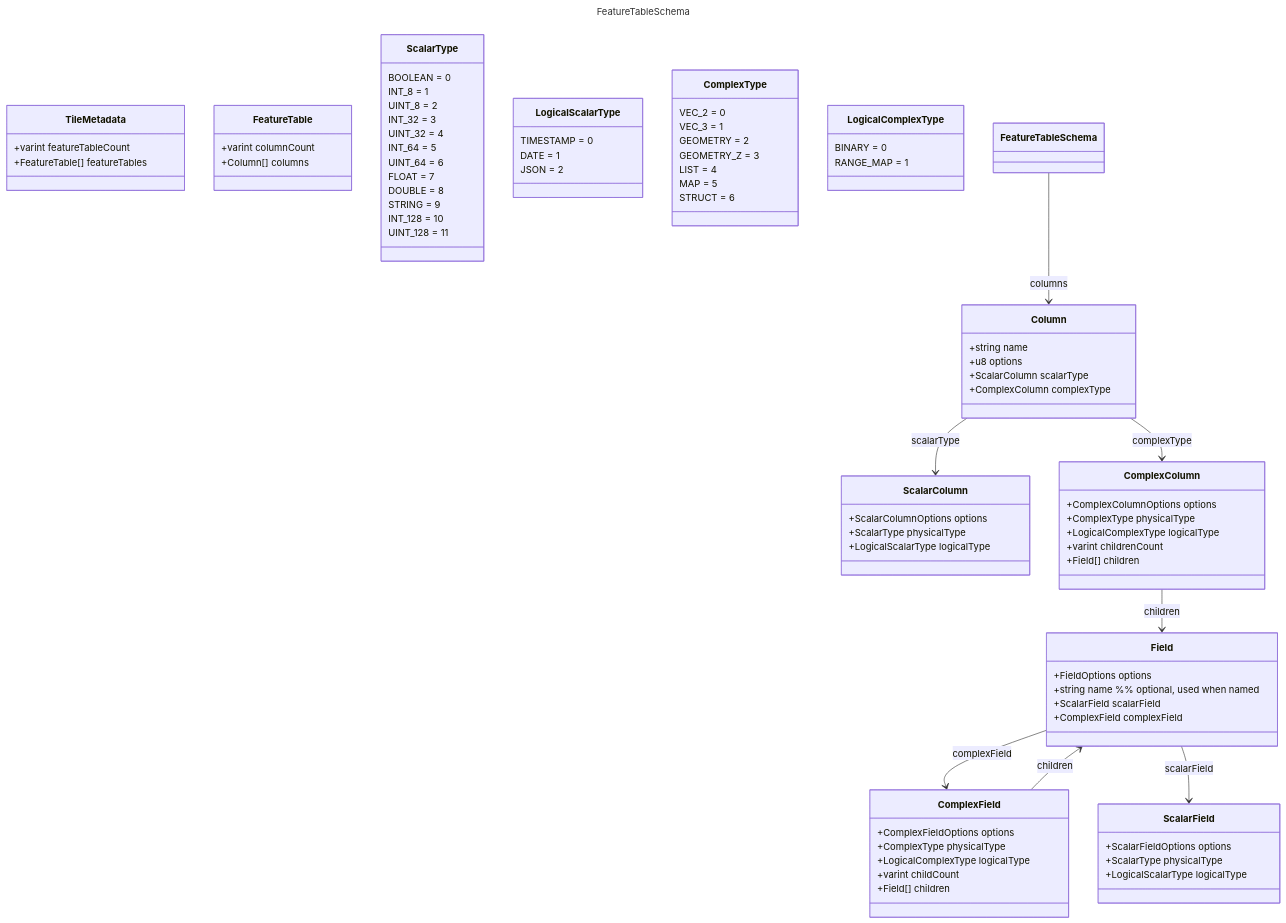
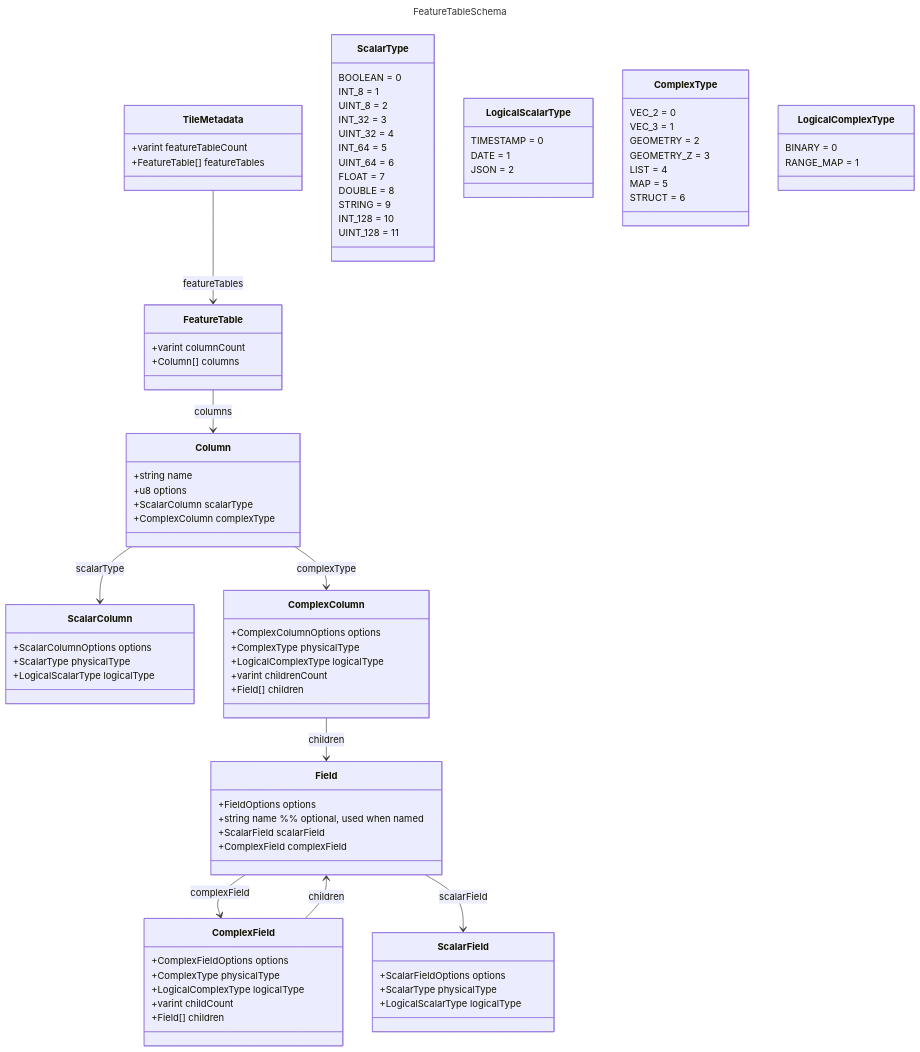
The diagram in spec/assets/FeatureTableSchema.mermaid (maplibre/maplibre-tile-spec), drawn with Mermaid before and after one commit.

Commit message:
Fix associations

```diff
--- a/spec/assets/FeatureTableSchema.mermaid
+++ b/spec/assets/FeatureTableSchema.mermaid
@@ -1,115 +1,116 @@
 ---
 title: FeatureTableSchema
 ---
 classDiagram
     %% ---------------- TileMetadata ----------------
     class TileMetadata {
       +varint featureTableCount
       +FeatureTable[] featureTables
     }
 
     %% ---------------- FeatureTable ----------------
     class FeatureTable {
       +varint columnCount
       +Column[] columns
     }
 
     %% ---------------- Column ----------------
     class Column {
       +string name
       +u8 options
       +ScalarColumn scalarType
       +ComplexColumn complexType
     }
     %% Note: options flags for Column: nullable=1, complex=2, vertexScope=4
 
     %% ---------------- ScalarColumn ----------------
     class ScalarColumn {
       +ScalarColumnOptions options
       +ScalarType physicalType
       +LogicalScalarType logicalType
     }
     %% Note: options flag for ScalarColumnOptions: logical = 1
 
     %% ---------------- ComplexColumn ----------------
     class ComplexColumn {
       +ComplexColumnOptions options
       +ComplexType physicalType
       +LogicalComplexType logicalType
       +varint childrenCount
       +Field[] children
     }
     %% Note: options flag for ComplexColumnOptions: logical = 1
 
     %% ---------------- Field ----------------
     class Field {
       +FieldOptions options
       +string name  %% optional, used when named
       +ScalarField scalarField
       +ComplexField complexField
     }
     %% Note: options flags for FieldOptions: named = 1, nullable = 2, complex = 4
 
     %% ---------------- ScalarField ----------------
     class ScalarField {
       +ScalarFieldOptions options
       +ScalarType physicalType
       +LogicalScalarType logicalType
     }
     %% Note: options flag for ScalarFieldOptions: logical = 1
 
     %% ---------------- ComplexField ----------------
     class ComplexField {
       +ComplexFieldOptions options
       +ComplexType physicalType
       +LogicalComplexType logicalType
       +varint childCount
       +Field[] children
     }
     %% Note: options flag for ComplexFieldOptions: logical = 1
 
     %% ---------------- Enumerations ----------------
     class ScalarType {
       BOOLEAN = 0
       INT_8 = 1
       UINT_8 = 2
       INT_32 = 3
       UINT_32 = 4
       INT_64 = 5
       UINT_64 = 6
       FLOAT = 7
       DOUBLE = 8
       STRING = 9
       INT_128 = 10
       UINT_128 = 11
     }
 
     class LogicalScalarType {
       TIMESTAMP = 0
       DATE = 1
       JSON = 2
     }
 
     class ComplexType {
       VEC_2 = 0
       VEC_3 = 1
       GEOMETRY = 2
       GEOMETRY_Z = 3
       LIST = 4
       MAP = 5
       STRUCT = 6
     }
 
     class LogicalComplexType {
       BINARY = 0
       RANGE_MAP = 1
     }
 
     %% ---------------- Associations ----------------
-    FeatureTableSchema --> Column : columns
+    TileMetadata --> FeatureTable : featureTables
+    FeatureTable --> Column : columns
     Column --> ScalarColumn : scalarType
     Column --> ComplexColumn : complexType
     ComplexColumn --> Field : children
     ComplexField --> Field : children
     Field --> ComplexField : complexField
     Field --> ScalarField : scalarField
```
